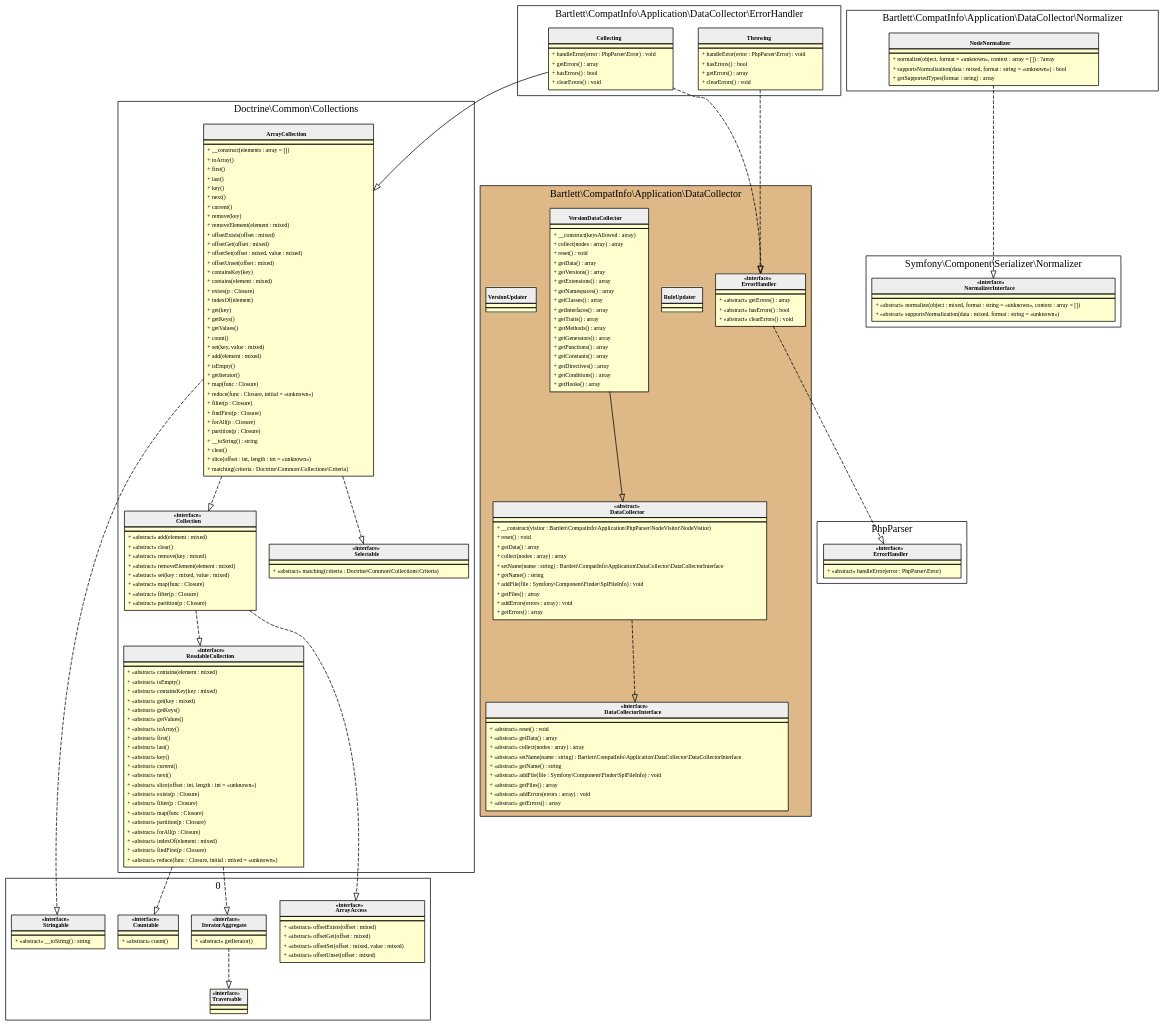
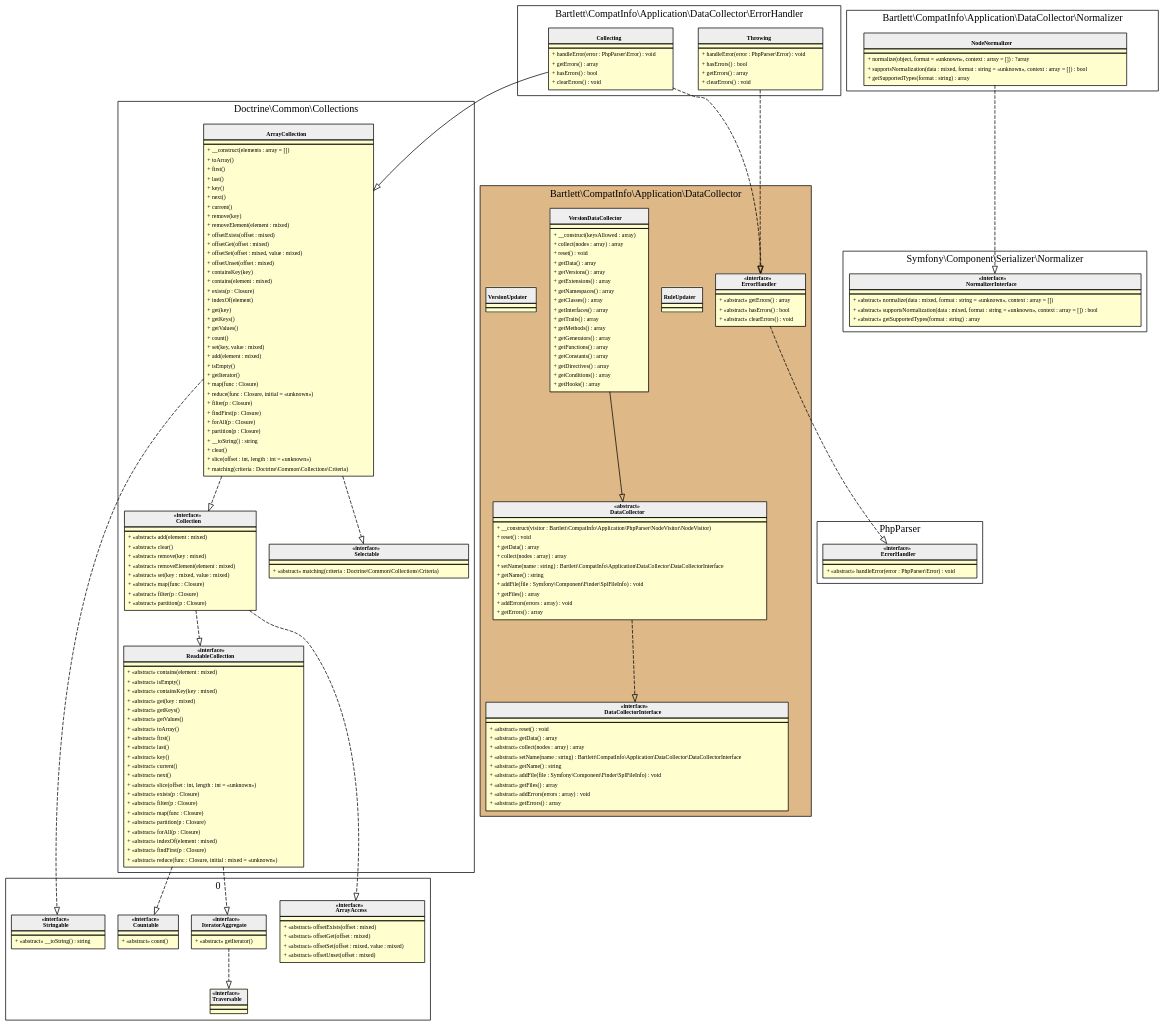
Before and after one commit to llaville/php-compatinfo: the diagram in 7.2/assets/images/application-datacollector.html.gv, drawn with Graphviz. The commit also changed 65 other files, not shown here.

```diff
--- a/7.2/assets/images/application-datacollector.html.gv
+++ b/7.2/assets/images/application-datacollector.html.gv
@@ -257,7 +257,7 @@
     <tr><td bgcolor="#eeeeee"><b>«interface»<br/>ErrorHandler</b></td></tr>
     <tr><td></td></tr>
     <tr><td><table border="0" cellspacing="0" cellpadding="2">
-    <tr><td align="left">+ «abstract» handleError(error : PhpParser\\Error)</td></tr>
+    <tr><td align="left">+ «abstract» handleError(error : PhpParser\\Error) : void</td></tr>
 </table></td></tr>
 </table>>]
   }
@@ -269,7 +269,7 @@
     <tr><td></td></tr>
     <tr><td><table border="0" cellspacing="0" cellpadding="2">
     <tr><td align="left">+ normalize(object, format = «unknown», context : array = []) : ?array</td></tr>
-    <tr><td align="left">+ supportsNormalization(data : mixed, format : string = «unknown») : bool</td></tr>
+    <tr><td align="left">+ supportsNormalization(data : mixed, format : string = «unknown», context : array = []) : bool</td></tr>
     <tr><td align="left">+ getSupportedTypes(format : string) : array</td></tr>
 </table></td></tr>
 </table>>]
@@ -281,8 +281,9 @@
     <tr><td bgcolor="#eeeeee"><b>«interface»<br/>NormalizerInterface</b></td></tr>
     <tr><td></td></tr>
     <tr><td><table border="0" cellspacing="0" cellpadding="2">
-    <tr><td align="left">+ «abstract» normalize(object : mixed, format : string = «unknown», context : array = [])</td></tr>
-    <tr><td align="left">+ «abstract» supportsNormalization(data : mixed, format : string = «unknown»)</td></tr>
+    <tr><td align="left">+ «abstract» normalize(data : mixed, format : string = «unknown», context : array = [])</td></tr>
+    <tr><td align="left">+ «abstract» supportsNormalization(data : mixed, format : string = «unknown», context : array = []) : bool</td></tr>
+    <tr><td align="left">+ «abstract» getSupportedTypes(format : string) : array</td></tr>
 </table></td></tr>
 </table>>]
   }
```
